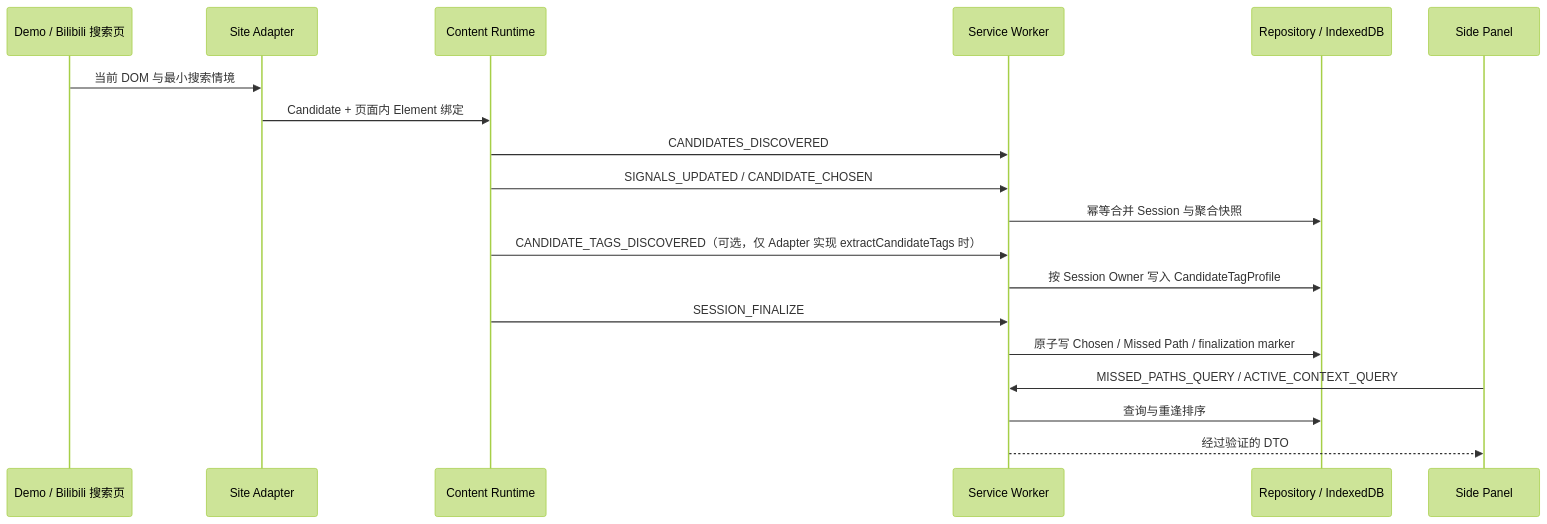
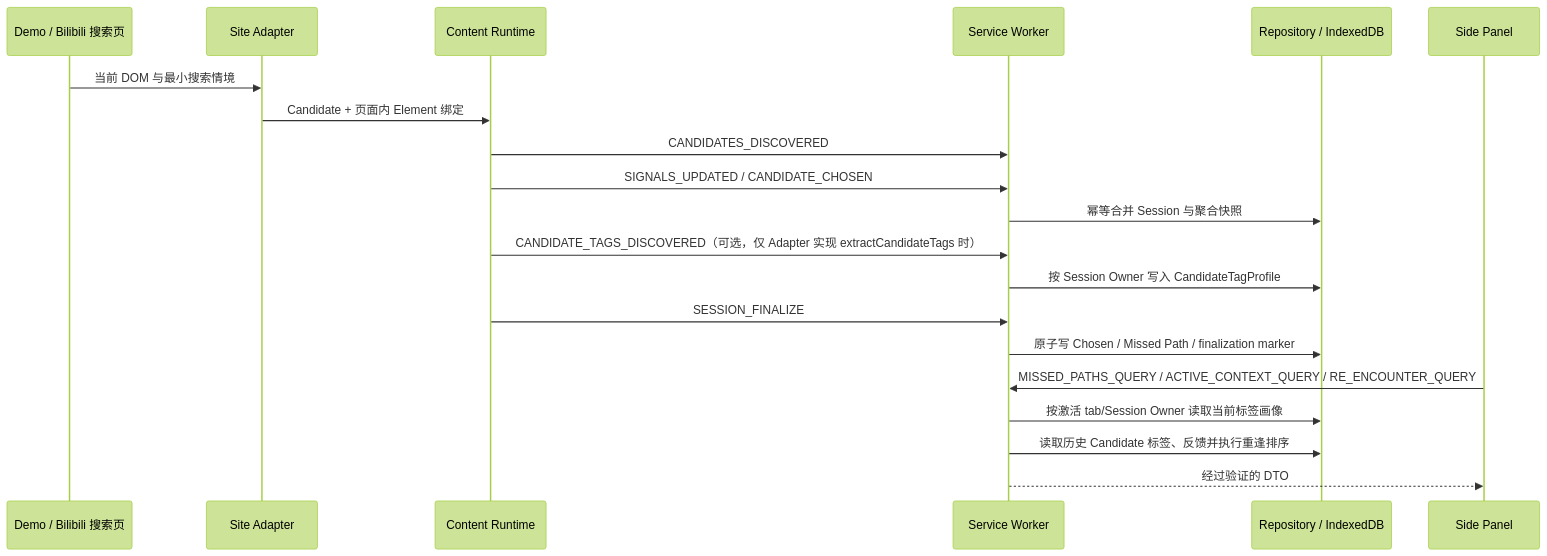
The diagram in docs/architecture.md (callmedog123/Dut_hksS2), drawn with Mermaid (forest theme) before and after one commit. The commit also changed 13 other files, not shown here.

````diff
--- a/docs/architecture.md
+++ b/docs/architecture.md
@@ -7,22 +7,23 @@
 ```mermaid
 sequenceDiagram
   participant Page as Demo / Bilibili 搜索页
   participant Adapter as Site Adapter
   participant Runtime as Content Runtime
   participant Worker as Service Worker
   participant Repo as Repository / IndexedDB
   participant Panel as Side Panel
 
   Page->>Adapter: 当前 DOM 与最小搜索情境
   Adapter->>Runtime: Candidate + 页面内 Element 绑定
   Runtime->>Worker: CANDIDATES_DISCOVERED
   Runtime->>Worker: SIGNALS_UPDATED / CANDIDATE_CHOSEN
   Worker->>Repo: 幂等合并 Session 与聚合快照
   Runtime->>Worker: CANDIDATE_TAGS_DISCOVERED（可选，仅 Adapter 实现 extractCandidateTags 时）
   Worker->>Repo: 按 Session Owner 写入 CandidateTagProfile
   Runtime->>Worker: SESSION_FINALIZE
   Worker->>Repo: 原子写 Chosen / Missed Path / finalization marker
-  Panel->>Worker: MISSED_PATHS_QUERY / ACTIVE_CONTEXT_QUERY
-  Worker->>Repo: 查询与重逢排序
+  Panel->>Worker: MISSED_PATHS_QUERY / ACTIVE_CONTEXT_QUERY / RE_ENCOUNTER_QUERY
+  Worker->>Repo: 按激活 tab/Session Owner 读取当前标签画像
+  Worker->>Repo: 读取历史 Candidate 标签、反馈并执行重逢排序
   Worker-->>Panel: 经过验证的 DTO
 ```
````
